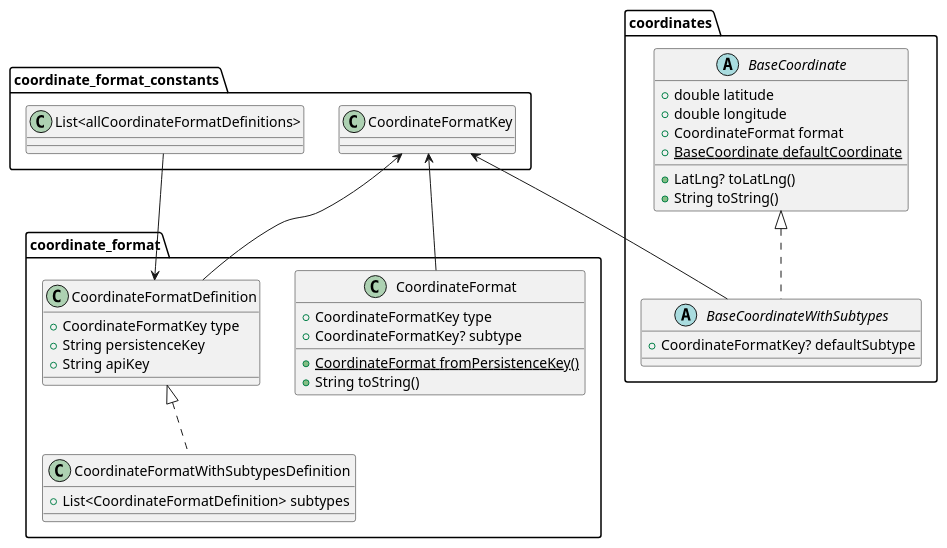
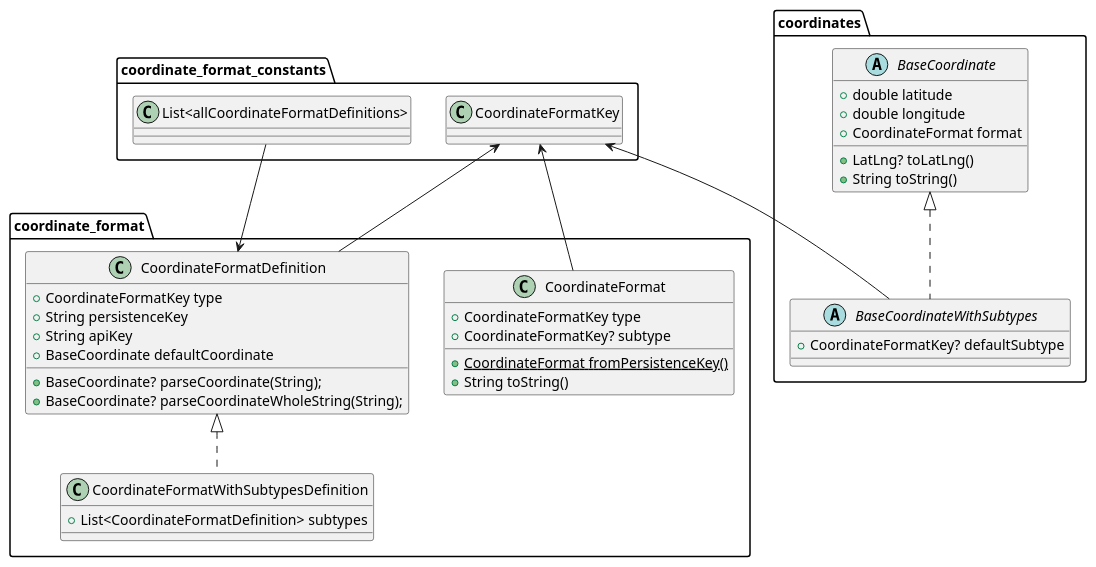
One commit to S-Man42/GCWizard changed the diagram in lib/tools/coords/_common/logic/coordinates.puml. Above: the diagram before and after it, drawn with PlantUML. The commit also changed 1 other file, not shown here.

Commit message:
uml update

```diff
--- a/lib/tools/coords/_common/logic/coordinates.puml
+++ b/lib/tools/coords/_common/logic/coordinates.puml
@@ -1,45 +1,47 @@
 @startuml
 'https://plantuml.com/sequence-diagram
 
 class "coordinate_format.CoordinateFormat" {
   +CoordinateFormatKey type
   +CoordinateFormatKey? subtype
   {static} +CoordinateFormat fromPersistenceKey()
   +String toString()
 }
 
 class "coordinate_format.CoordinateFormatDefinition" {
   +CoordinateFormatKey type
   +String persistenceKey
   +String apiKey
+  +BaseCoordinate defaultCoordinate
+  +BaseCoordinate? parseCoordinate(String);
+  +BaseCoordinate? parseCoordinateWholeString(String);
 }
 
 class "coordinate_format.CoordinateFormatWithSubtypesDefinition" {
   +List<CoordinateFormatDefinition> subtypes
 }
 "coordinate_format.CoordinateFormatDefinition" <|.. "coordinate_format.CoordinateFormatWithSubtypesDefinition"
 
 
 abstract class "coordinates.BaseCoordinate" {
   +double latitude
   +double longitude
   +CoordinateFormat format
-  {static} +BaseCoordinate defaultCoordinate
   +LatLng? toLatLng()
   +String toString()
 }
 
 abstract class "coordinates.BaseCoordinateWithSubtypes" {
   +CoordinateFormatKey? defaultSubtype
 }
 "coordinates.BaseCoordinate" <|.. "coordinates.BaseCoordinateWithSubtypes"
 
 "coordinate_format_constants.CoordinateFormatKey" <-- "coordinate_format.CoordinateFormat"
 "coordinate_format_constants.CoordinateFormatKey" <-- "coordinate_format.CoordinateFormatDefinition"
 "coordinate_format_constants.CoordinateFormatKey" <-- "coordinates.BaseCoordinateWithSubtypes"
 
 "coordinate_format_constants.List<allCoordinateFormatDefinitions>" --> "coordinate_format.CoordinateFormatDefinition"
 
 
 
 @enduml
```
